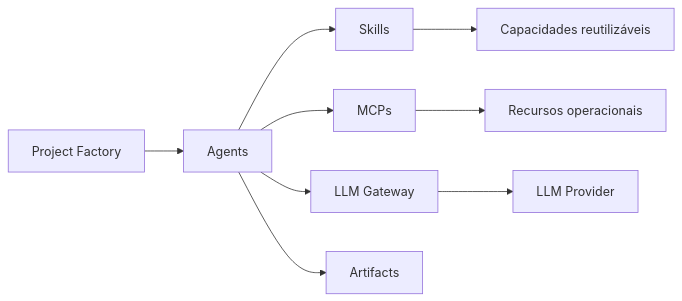
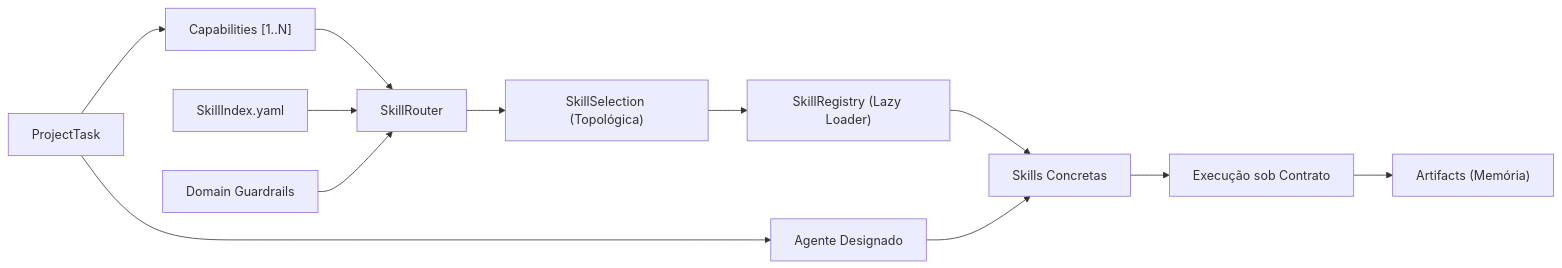
One commit to MayaraLonguinho/analytics_agents_factory changed the second of 4 diagrams in README.md. Above: the diagram before and after it, drawn with Mermaid. The commit also changed other lines of this file, not shown here.

Commit message:
docs: rebuild aaf project guide

````diff
--- a/README.md
+++ b/README.md
@@ -420,14 +164,14 @@
 ```mermaid
 flowchart LR
-    A["Project Factory"] --> B["Agents"]
-
-    B --> C["Skills"]
-    B --> D["MCPs"]
-    B --> E["LLM Gateway"]
-
-    C --> F["Capacidades reutilizáveis"]
-    D --> G["Recursos operacionais"]
-    E --> H["LLM Provider"]
-
-    B --> I["Artifacts"]
+    T["ProjectTask"] --> AGT["Agente Designado"]
+    T --> CAP["Capabilities [1..N]"]
+    CAP --> ROUTER["SkillRouter"]
+    INDEX["SkillIndex.yaml"] --> ROUTER
+    DOM["Domain Guardrails"] --> ROUTER
+    ROUTER --> SEL["SkillSelection (Topológica)"]
+    SEL --> REG["SkillRegistry (Lazy Loader)"]
+    REG --> SKILLS["Skills Concretas"]
+    AGT --> SKILLS
+    SKILLS --> EXEC["Execução sob Contrato"]
+    EXEC --> ART["Artifacts (Memória)"]
 ```
````
